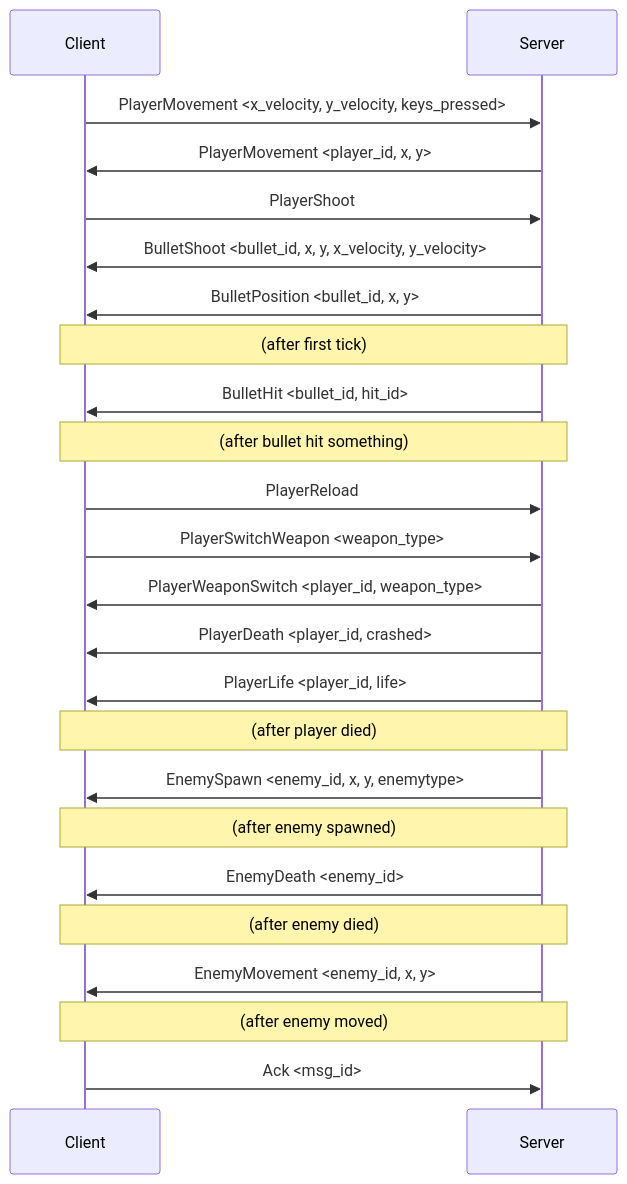
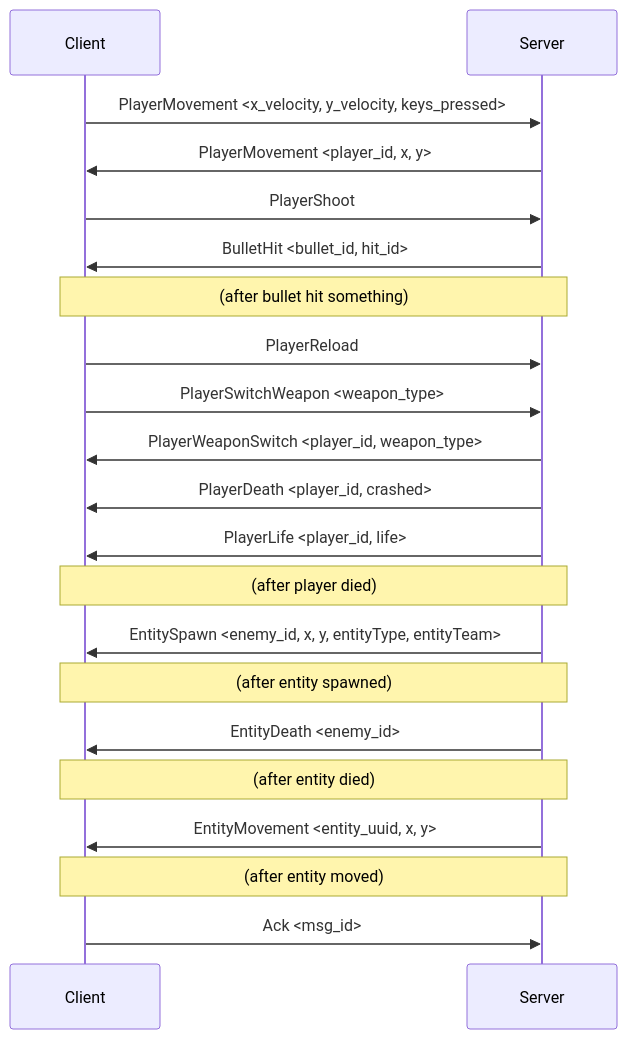
The second of 2 diagrams in docs/PROTOCOL.md (Miou-zora/R-Type), drawn with Mermaid before and after one commit. The commit also changed other lines of this file and 25 other files, not shown here.

````diff
--- a/docs/PROTOCOL.md
+++ b/docs/PROTOCOL.md
@@ -145,26 +142,23 @@
 ```mermaid
 sequenceDiagram
     participant C as Client
     participant S as Server
     C->>S: PlayerMovement <x_velocity, y_velocity, keys_pressed>
     S->>C: PlayerMovement <player_id, x, y>
     C->>S: PlayerShoot
-    S->>C: BulletShoot <bullet_id, x, y, x_velocity, y_velocity>
-    S->>C: BulletPosition <bullet_id, x, y>
-    Note over C,S: (after first tick)
     S->>C: BulletHit <bullet_id, hit_id>
     Note over C,S: (after bullet hit something)
     C->>S: PlayerReload
     C->>S: PlayerSwitchWeapon <weapon_type>
     S->>C: PlayerWeaponSwitch <player_id, weapon_type>
     S->>C: PlayerDeath <player_id, crashed>
     S->>C: PlayerLife <player_id, life>
     Note over C,S: (after player died)
-    S->>C: EnemySpawn <enemy_id, x, y, enemytype>
-    Note over C,S: (after enemy spawned)
-    S->>C: EnemyDeath <enemy_id>
-    Note over C,S: (after enemy died)
-    S->>C: EnemyMovement <enemy_id, x, y>
-    Note over C,S: (after enemy moved)
+    S->>C: EntitySpawn <enemy_id, x, y, entityType, entityTeam>
+    Note over C,S: (after entity spawned)
+    S->>C: EntityDeath <enemy_id>
+    Note over C,S: (after entity died)
+    S->>C: EntityMovement <entity_uuid, x, y>
+    Note over C,S: (after entity moved)
     C->>S: Ack <msg_id>
 ```
````
